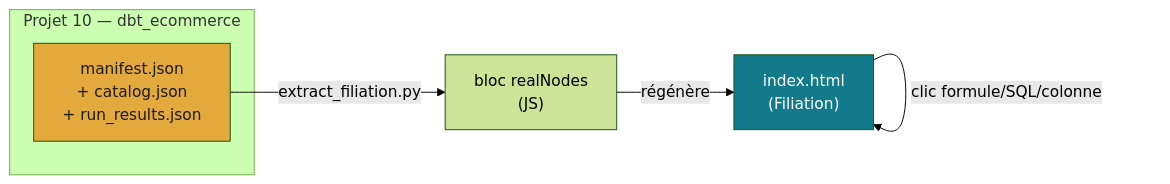
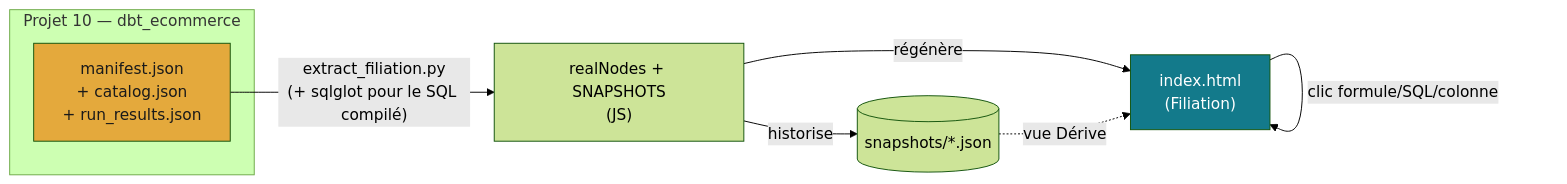
The diagram in README.md (valentinratigniet-byte/projet-14-filiation), drawn with Mermaid (forest theme) before and after one commit. The commit also changed other lines of this file and 3 other files, not shown here.

````diff
--- a/README.md
+++ b/README.md
@@ -24,12 +24,14 @@
 ```mermaid
 flowchart LR
     subgraph P10["Projet 10 — dbt_ecommerce"]
         MAN["manifest.json<br/>+ catalog.json<br/>+ run_results.json"]
     end
-    MAN -->|extract_filiation.py| JS["bloc realNodes<br/>(JS)"]
+    MAN -->|"extract_filiation.py<br/>(+ sqlglot pour le SQL compilé)"| JS["realNodes + SNAPSHOTS<br/>(JS)"]
     JS -->|régénère| HTML["index.html<br/>(Filiation)"]
+    JS -->|historise| SNAP[("snapshots/*.json")]
+    SNAP -.->|vue Dérive| HTML
     HTML -->|clic formule/SQL/colonne| HTML
 
     style HTML fill:#137A8B,color:#fff
     style MAN fill:#E4A93C,color:#1a1a1a
 ```
````
